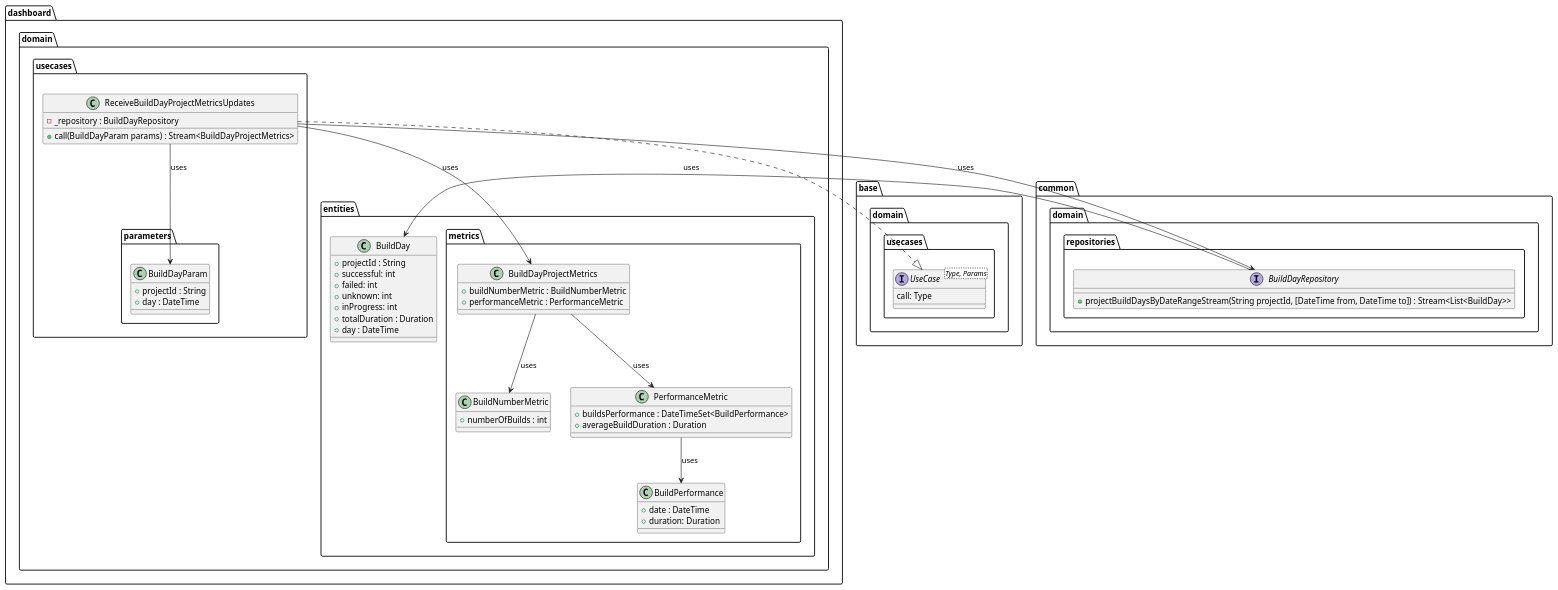
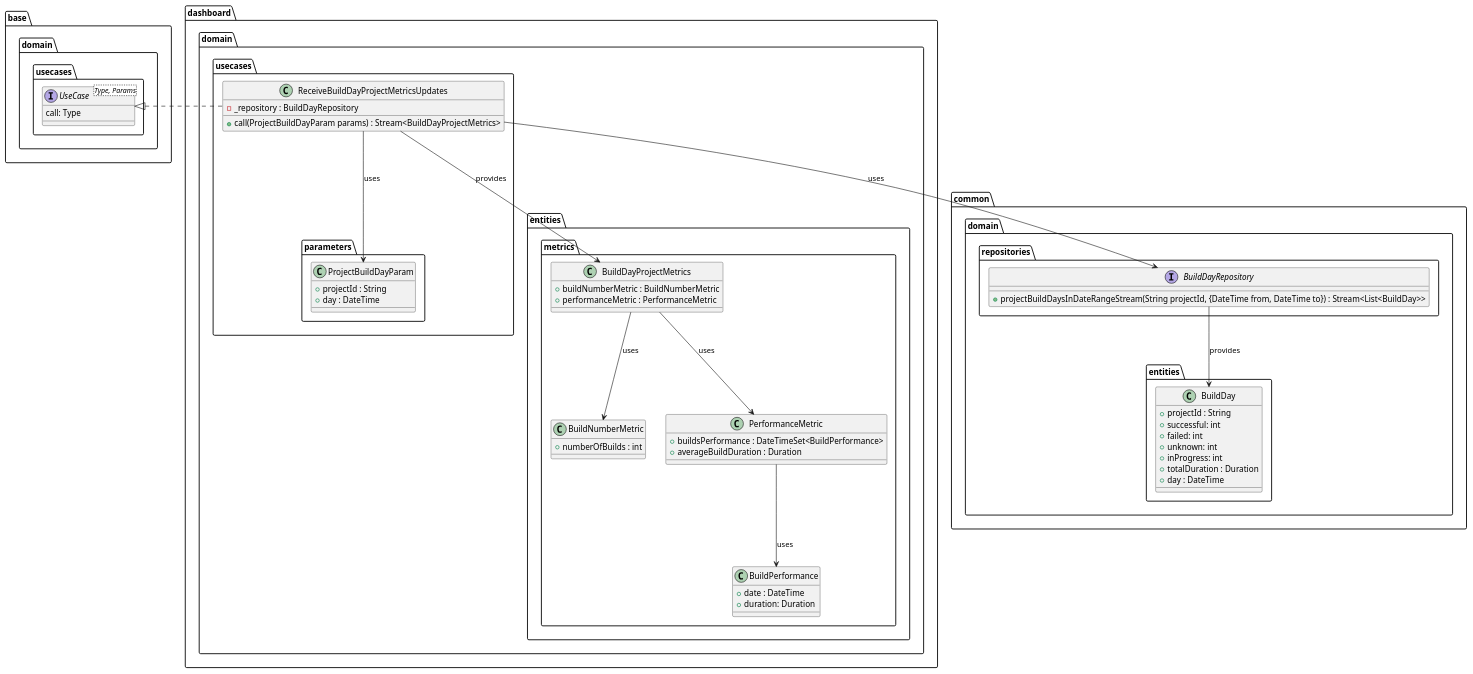
Before and after one commit to Flank/flank-dashboard: the diagram in metrics/web/docs/features/builds_aggregation/diagrams/build_days_domain_layer_class_diagram.puml, drawn with PlantUML. The commit also changed 4 other files, not shown here.

```diff
--- a/metrics/web/docs/features/builds_aggregation/diagrams/build_days_domain_layer_class_diagram.puml
+++ b/metrics/web/docs/features/builds_aggregation/diagrams/build_days_domain_layer_class_diagram.puml
@@ -1,71 +1,73 @@
 @startuml build_days_domain_layer_class_diagram
 
 package base.domain.usecases {
     interface UseCase<Type, Params> {
         call: Type
     }
 }
 
-package common.domain.repositories {
-    interface BuildDayRepository {
-        + projectBuildDaysByDateRangeStream(String projectId, [DateTime from, DateTime to]) : Stream<List<BuildDay>>
-    } 
-}
-
-package dashboard.domain {
+package common.domain {
     package entities {
         class BuildDay {
             + projectId : String
             + successful: int
             + failed: int
             + unknown: int
             + inProgress: int
             + totalDuration : Duration
             + day : DateTime
         }
+    }
 
-        package metrics {
-            class BuildNumberMetric {
-                + numberOfBuilds : int
-            }
-            class BuildPerformance {
-                    + date : DateTime
-                    + duration: Duration
-            }
-            class PerformanceMetric {
-                + buildsPerformance : DateTimeSet<BuildPerformance>
-                + averageBuildDuration : Duration
-            }
-            class BuildDayProjectMetrics {
-                + buildNumberMetric : BuildNumberMetric
-                + performanceMetric : PerformanceMetric
-            }
+    package repositories {
+        interface BuildDayRepository {
+            + projectBuildDaysInDateRangeStream(String projectId, {DateTime from, DateTime to}) : Stream<List<BuildDay>>
+        } 
+    }    
+}
+
+package dashboard.domain {
+    package entities.metrics {
+        class BuildNumberMetric {
+            + numberOfBuilds : int
+        }
+        class BuildPerformance {
+                + date : DateTime
+                + duration: Duration
+        }
+        class PerformanceMetric {
+            + buildsPerformance : DateTimeSet<BuildPerformance>
+            + averageBuildDuration : Duration
+        }
+        class BuildDayProjectMetrics {
+            + buildNumberMetric : BuildNumberMetric
+            + performanceMetric : PerformanceMetric
         }
     }
 
     package usecases {
         class ReceiveBuildDayProjectMetricsUpdates {
             - _repository : BuildDayRepository
-            + call(BuildDayParam params) : Stream<BuildDayProjectMetrics>
+            + call(ProjectBuildDayParam params) : Stream<BuildDayProjectMetrics>
         }
 
         package parameters {
-            class BuildDayParam {
+            class ProjectBuildDayParam {
                 + projectId : String
                 + day : DateTime
             }
         }
     }  
 }
 
-BuildDayRepository --> BuildDay : uses
-ReceiveBuildDayProjectMetricsUpdates ..|> UseCase
+BuildDayRepository --> BuildDay : provides
+ReceiveBuildDayProjectMetricsUpdates -left-..|> UseCase
 ReceiveBuildDayProjectMetricsUpdates --> BuildDayRepository : uses
-ReceiveBuildDayProjectMetricsUpdates --> BuildDayParam : uses
-ReceiveBuildDayProjectMetricsUpdates --> BuildDayProjectMetrics : uses
+ReceiveBuildDayProjectMetricsUpdates --> ProjectBuildDayParam : uses
+ReceiveBuildDayProjectMetricsUpdates --> BuildDayProjectMetrics : provides
 
 BuildDayProjectMetrics --> BuildNumberMetric : uses
 BuildDayProjectMetrics --> PerformanceMetric : uses
 PerformanceMetric --> BuildPerformance : uses
 
 @enduml
```
